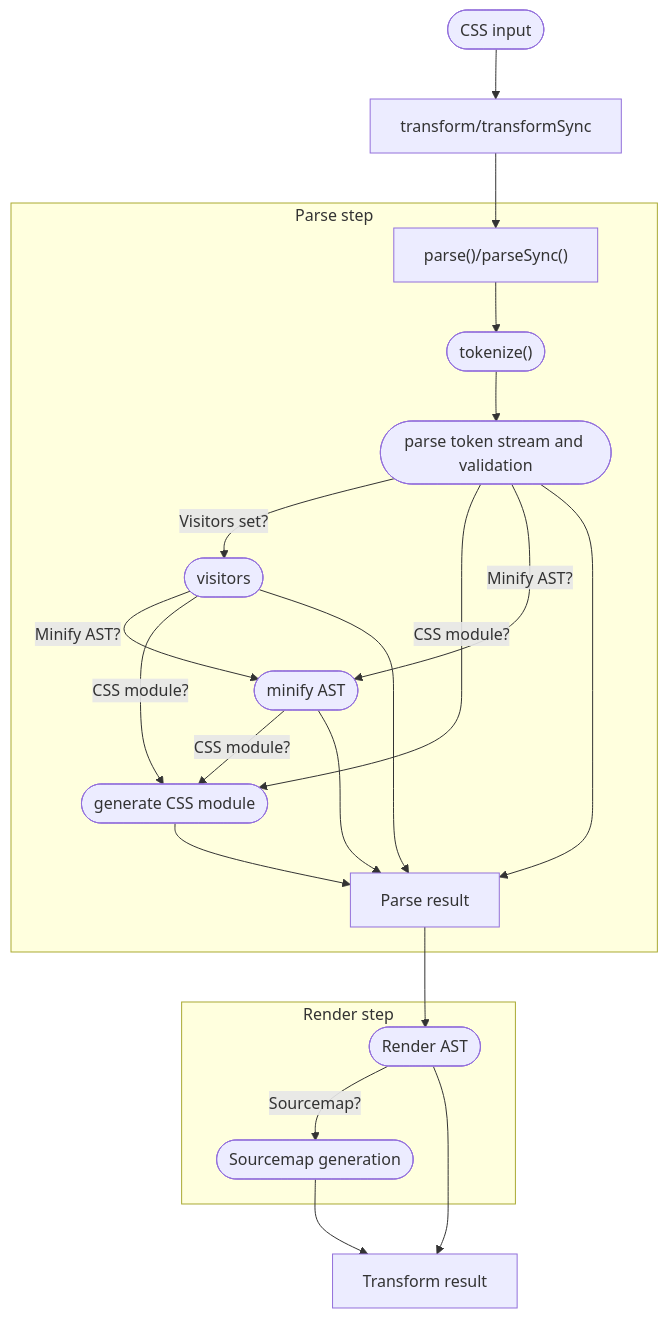
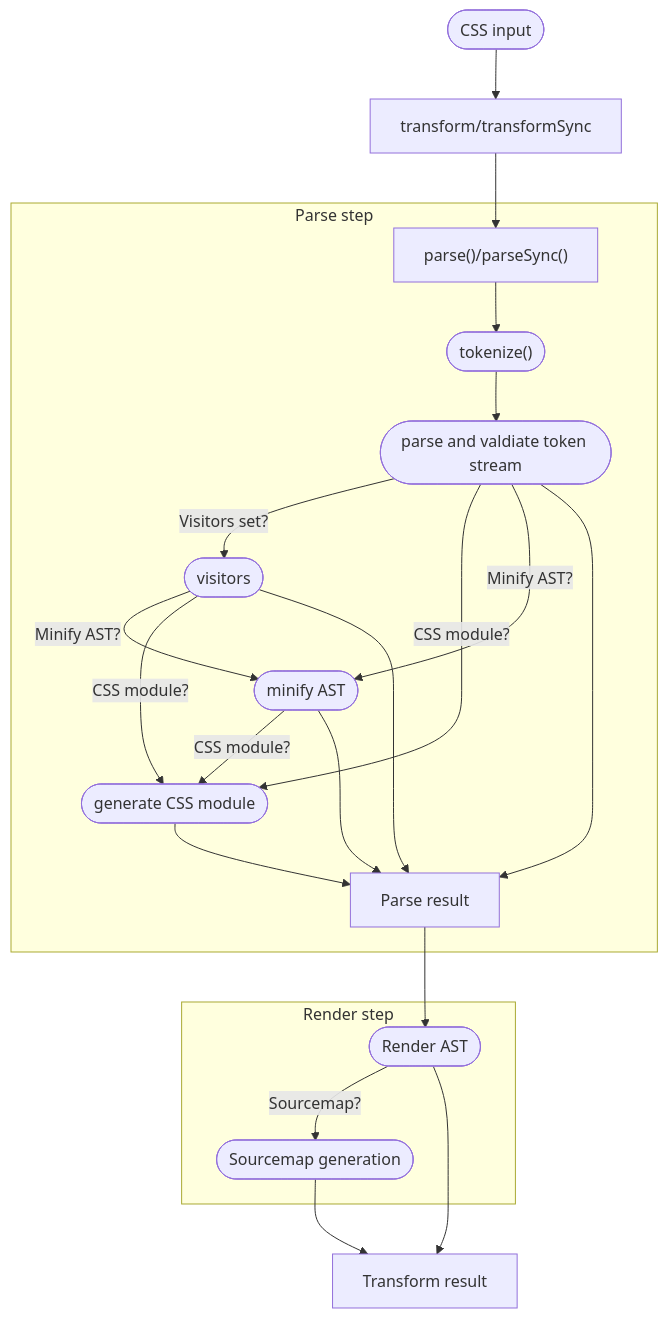
The diagram in files/architecture.md (tbela99/css-parser), drawn with Mermaid before and after one commit. The commit also changed 1 other file, not shown here.

Commit message:
adding architecture graph

````diff
--- a/files/architecture.md
+++ b/files/architecture.md
@@ -9,54 +9,54 @@
 ```mermaid
 flowchart TD
     %% --- Transform ---
     Input([CSS input])
     transform[transform/transformSync]
 
 
     %% The Grouped Container
     subgraph Group1 ["Parse step"]
 
         %% --- Parse step ---
         parse["parse()/parseSync()"]
         tokenize(["tokenize()"])
-        parseNode([parse token stream and validation])
+        parseNode([parse and valdiate token stream])
         visitors([visitors])
         minify([minify AST])
         cssModules([generate CSS module])
         parseResult[Parse result]
     end
 
     %% The Grouped Container
     subgraph Group2 ["Render step"]
 
         %% --- Render step ---
         renderAst([Render AST])
         sourcemap([Sourcemap generation])
 
     end
 
 
     %% --- Result step ---
     transformResult[Transform result]
 
     %% --- Routing step ---
     Input --> transform
     transform --> parse
     parse --> tokenize
     tokenize --> parseNode
     parseNode -- "Visitors set?"  --> visitors
     visitors -- "Minify AST?"  --> minify
     minify -- "CSS module?"  --> cssModules
     visitors -- "CSS module?"  --> cssModules
     cssModules --> parseResult
     parseNode -- "CSS module?" --> cssModules
     parseNode -- "Minify AST?"  --> minify
     parseNode --> parseResult
     visitors --> parseResult
     minify --> parseResult
     parseResult --> renderAst
     renderAst -- "Sourcemap?" --> sourcemap
     renderAst --> transformResult
     sourcemap --> transformResult
 
 ```
````
